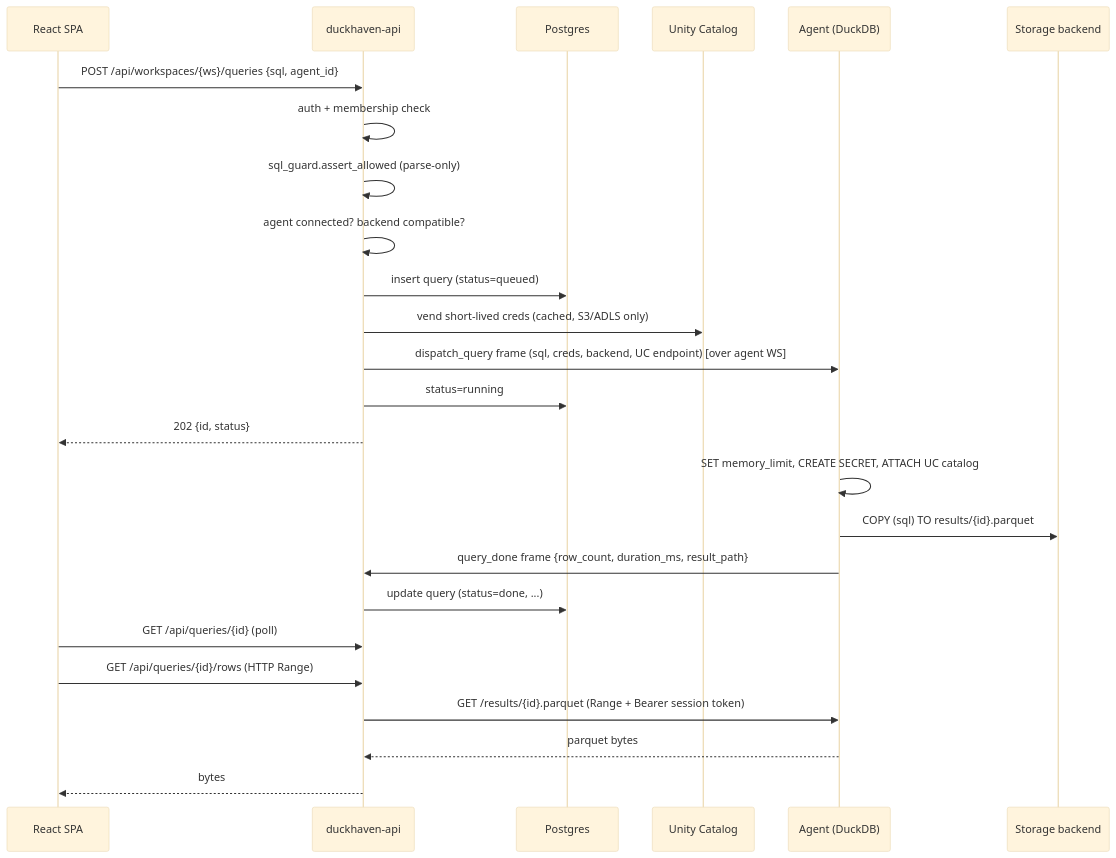
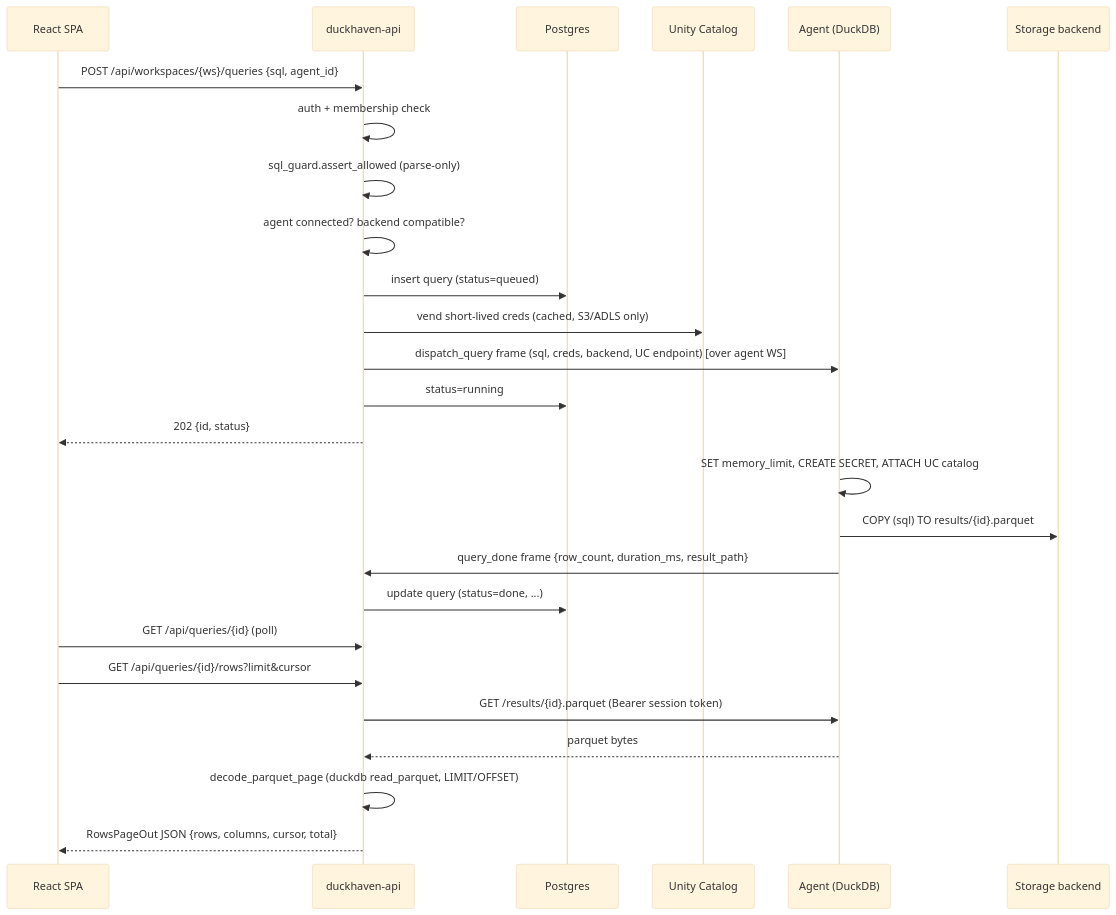
One commit to tamasmrtn/duckhaven changed the third of 4 diagrams in docs/ARCHITECTURE.md. Above: the diagram before and after it, drawn with Mermaid (base theme). The commit also changed other lines of this file and 1 other file, not shown here.

Commit message:
Update docs for JSON rows, catalog sidecar, and sample endpoint

````diff
--- a/docs/ARCHITECTURE.md
+++ b/docs/ARCHITECTURE.md
@@ -396,30 +416,31 @@
 ```mermaid
 sequenceDiagram
     participant UI as React SPA
     participant API as duckhaven-api
     participant PG as Postgres
     participant UC as Unity Catalog
     participant AG as Agent (DuckDB)
     participant ST as Storage backend
 
     UI->>API: POST /api/workspaces/{ws}/queries {sql, agent_id}
     API->>API: auth + membership check
     API->>API: sql_guard.assert_allowed (parse-only)
     API->>API: agent connected? backend compatible?
     API->>PG: insert query (status=queued)
     API->>UC: vend short-lived creds (cached, S3/ADLS only)
     API->>AG: dispatch_query frame (sql, creds, backend, UC endpoint) [over agent WS]
     API->>PG: status=running
     API-->>UI: 202 {id, status}
 
     AG->>AG: SET memory_limit, CREATE SECRET, ATTACH UC catalog
     AG->>ST: COPY (sql) TO results/{id}.parquet
     AG->>API: query_done frame {row_count, duration_ms, result_path}
     API->>PG: update query (status=done, ...)
 
     UI->>API: GET /api/queries/{id} (poll)
-    UI->>API: GET /api/queries/{id}/rows (HTTP Range)
-    API->>AG: GET /results/{id}.parquet (Range + Bearer session token)
+    UI->>API: GET /api/queries/{id}/rows?limit&cursor
+    API->>AG: GET /results/{id}.parquet (Bearer session token)
     AG-->>API: parquet bytes
-    API-->>UI: bytes
+    API->>API: decode_parquet_page (duckdb read_parquet, LIMIT/OFFSET)
+    API-->>UI: RowsPageOut JSON {rows, columns, cursor, total}
 ```
````
